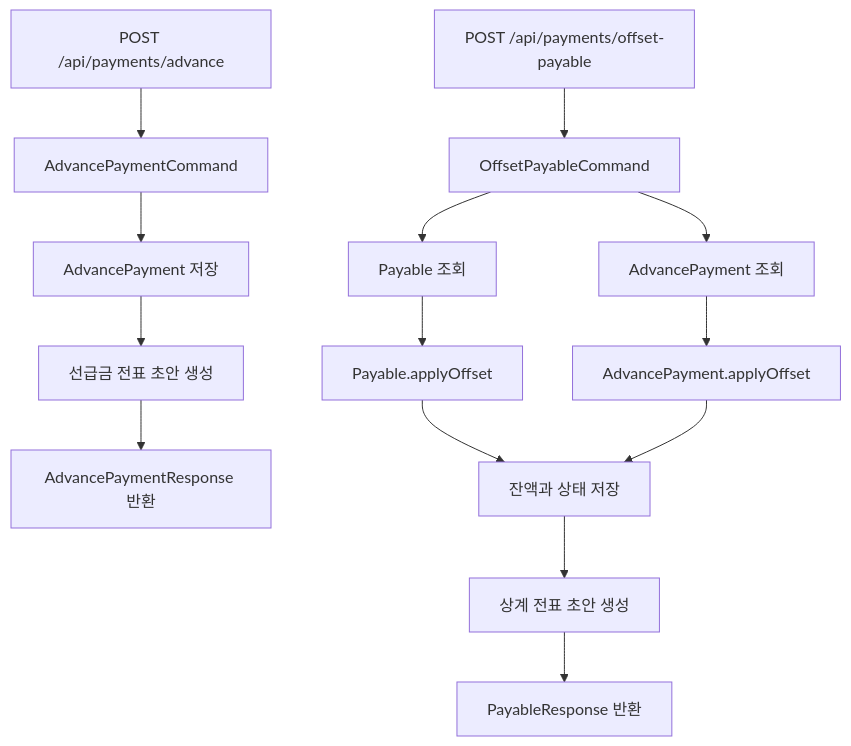
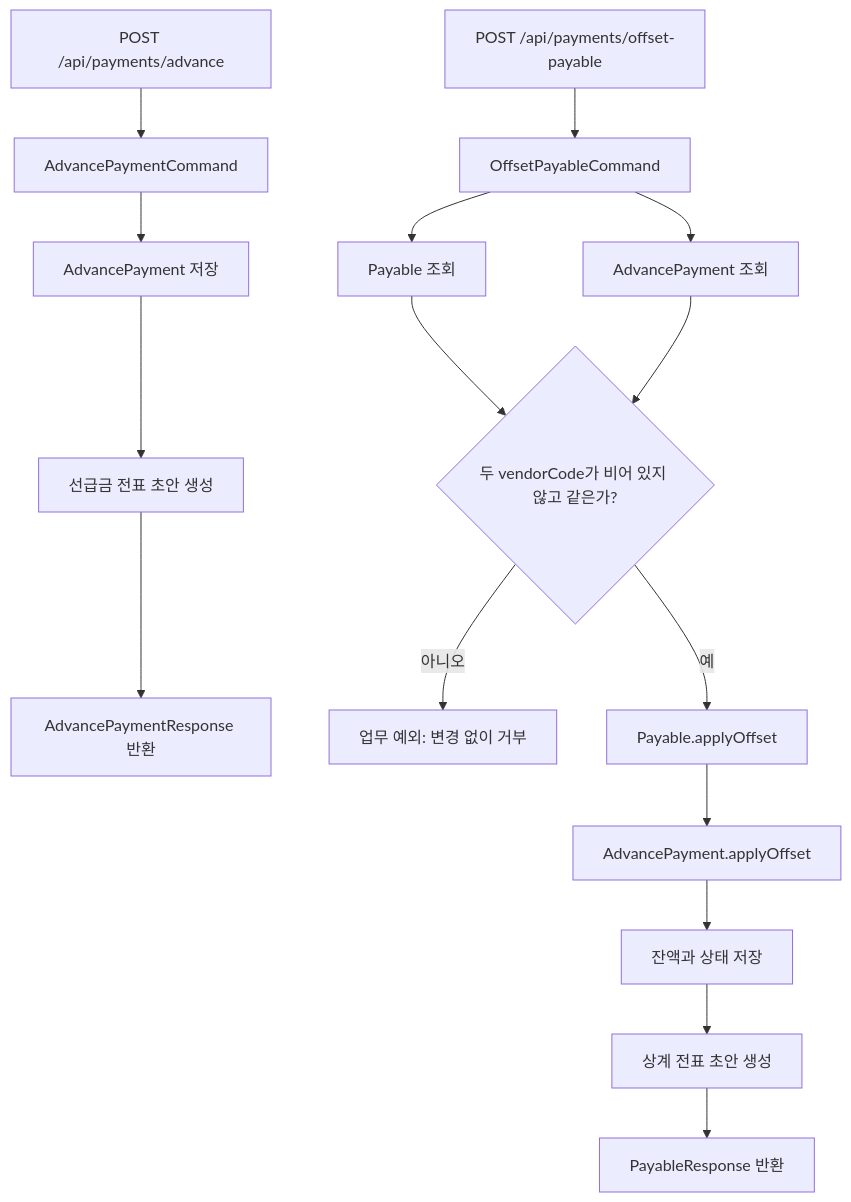
The third of 3 diagrams in payable/docs/process-flow.md (skyg547/account), drawn with Mermaid before and after one commit. The commit also changed other lines of this file and 2 other files, not shown here.

Commit message:
fix(payable): reject cross-vendor advance offsets
Refs #828

````diff
--- a/payable/docs/process-flow.md
+++ b/payable/docs/process-flow.md
@@ -91,17 +91,19 @@
 ```mermaid
 flowchart TD
     A[POST /api/payments/advance] --> B[AdvancePaymentCommand]
     B --> C[AdvancePayment 저장]
     C --> D[선급금 전표 초안 생성]
     D --> E[AdvancePaymentResponse 반환]
 
     F[POST /api/payments/offset-payable] --> G[OffsetPayableCommand]
     G --> H[Payable 조회]
     G --> I[AdvancePayment 조회]
-    H --> J[Payable.applyOffset]
-    I --> K[AdvancePayment.applyOffset]
-    J --> L[잔액과 상태 저장]
-    K --> L
-    L --> M[상계 전표 초안 생성]
-    M --> N[PayableResponse 반환]
+    H --> J{두 vendorCode가 비어 있지 않고 같은가?}
+    I --> J
+    J -->|아니오| X[업무 예외: 변경 없이 거부]
+    J -->|예| K[Payable.applyOffset]
+    K --> L[AdvancePayment.applyOffset]
+    L --> M[잔액과 상태 저장]
+    M --> N[상계 전표 초안 생성]
+    N --> O[PayableResponse 반환]
 ```
````
